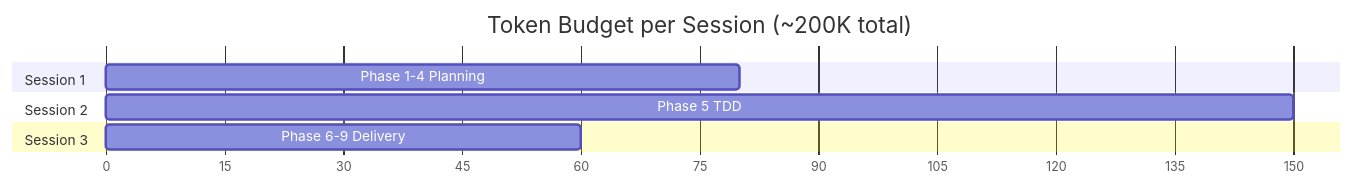
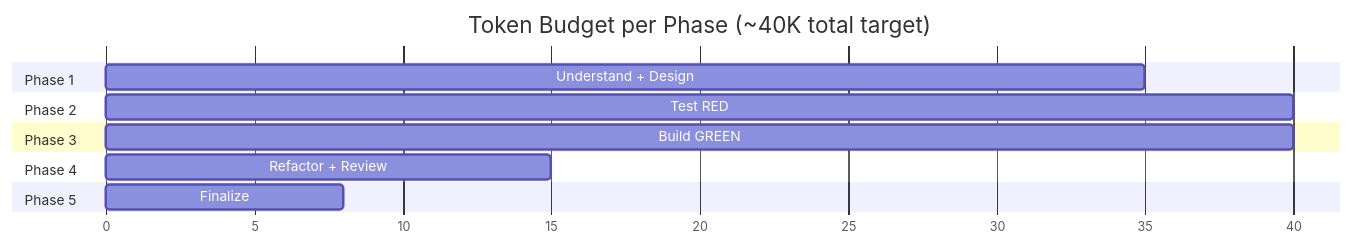
Before and after one commit to nguyenthienthanh/aura-frog: diagram 17 of 20 in aura-frog/docs/WORKFLOW_DIAGRAMS.md, drawn with Mermaid. The commit also changed other lines of this file and 123 other files, not shown here.

````diff
--- a/aura-frog/docs/WORKFLOW_DIAGRAMS.md
+++ b/aura-frog/docs/WORKFLOW_DIAGRAMS.md
@@ -850,15 +731,21 @@
 ```mermaid
 gantt
-    title Token Budget per Session (~200K total)
+    title Token Budget per Phase (~40K total target)
     dateFormat X
     axisFormat %s
 
-    section Session 1
-    Phase 1-4 Planning    :a1, 0, 80
+    section Phase 1
+    Understand + Design         :a1, 0, 35
 
-    section Session 2
-    Phase 5 TDD           :a2, 0, 150
+    section Phase 2
+    Test RED                    :a2, 0, 40
 
-    section Session 3
-    Phase 6-9 Delivery    :a3, 0, 60
+    section Phase 3
+    Build GREEN                 :a3, 0, 40
+
+    section Phase 4
+    Refactor + Review           :a4, 0, 15
+
+    section Phase 5
+    Finalize                    :a5, 0, 8
 ```
````
